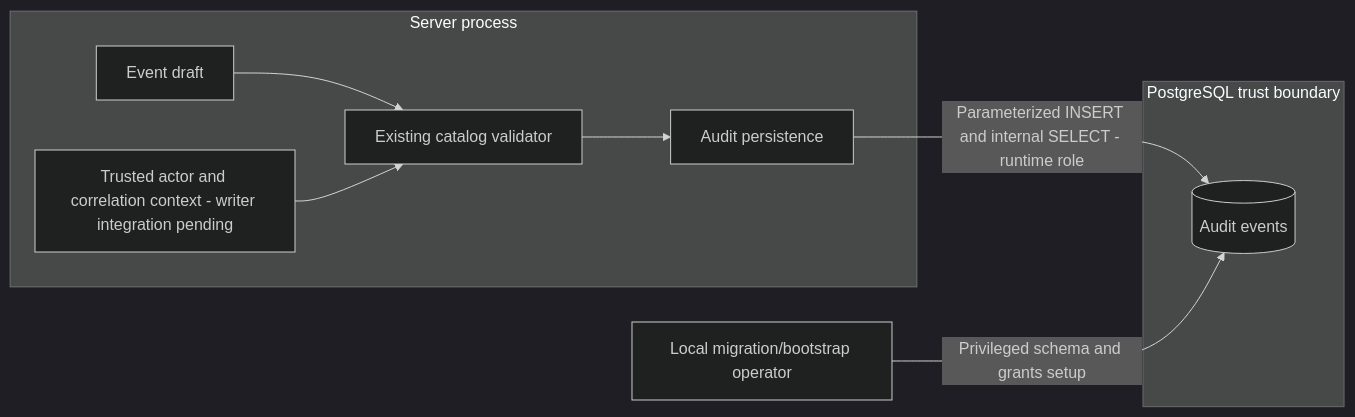
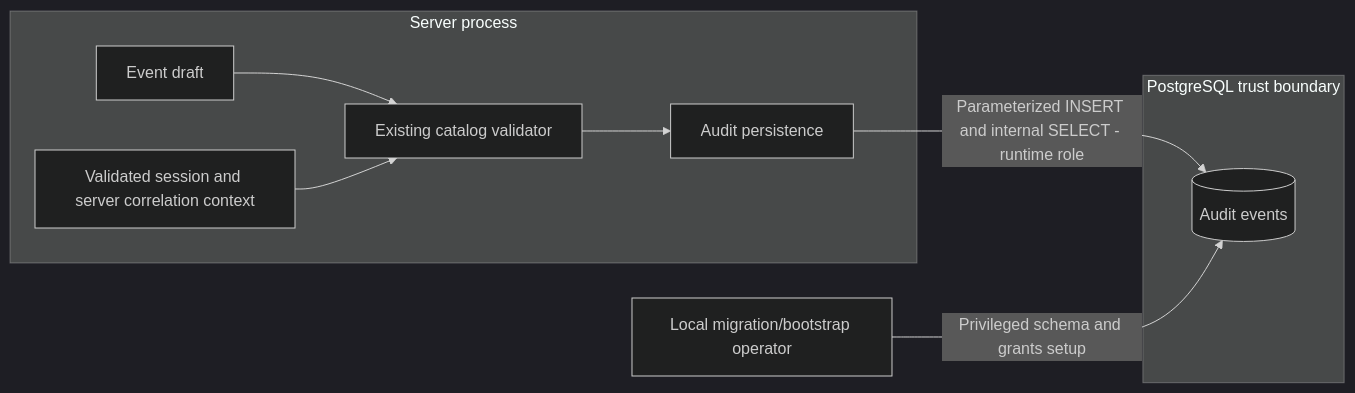
One commit to djufa762x39/security-lab changed the second of 2 diagrams in docs/components/audit/PERSISTENCE.md. Above: the diagram before and after it, drawn with Mermaid (dark theme). The commit also changed other lines of this file and 7 other files, not shown here.

````diff
--- a/docs/components/audit/PERSISTENCE.md
+++ b/docs/components/audit/PERSISTENCE.md
@@ -58,17 +58,17 @@
 ```mermaid
 flowchart LR
     subgraph Server[Server process]
-        Trusted[Trusted actor and correlation context - writer integration pending]
+        Trusted[Validated session and server correlation context]
         Draft[Event draft]
         Validation[Existing catalog validator]
         Store[Audit persistence]
         Draft --> Validation
         Trusted --> Validation
         Validation --> Store
     end
     subgraph DatabaseBoundary[PostgreSQL trust boundary]
         Events[(Audit events)]
     end
     Store -->|Parameterized INSERT and internal SELECT - runtime role| Events
     Operator[Local migration/bootstrap operator] -->|Privileged schema and grants setup| Events
 ```
````
